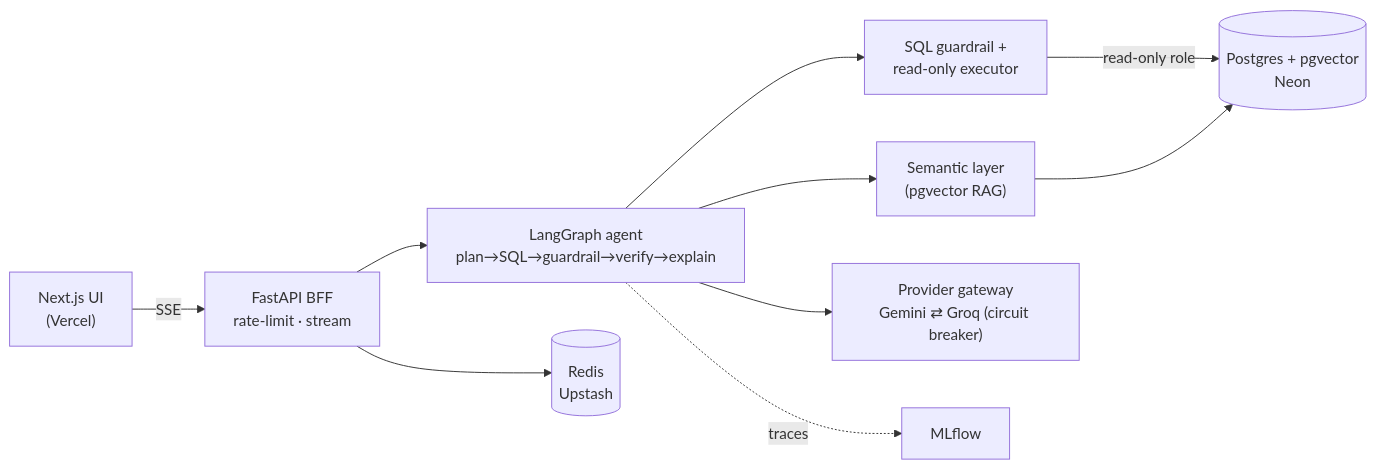
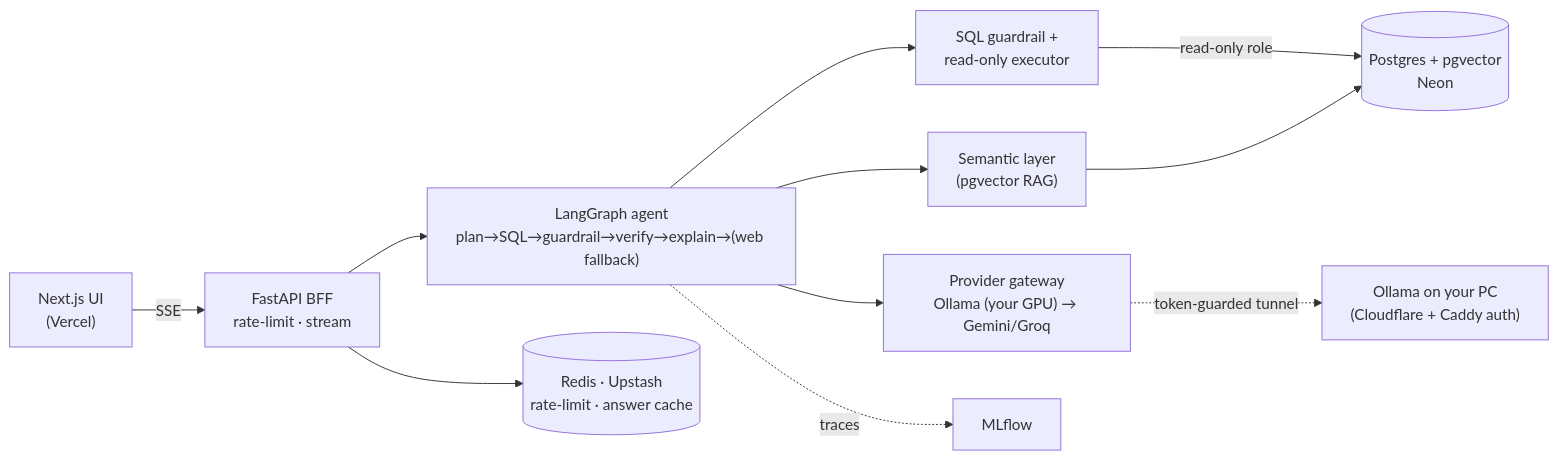
Before and after one commit to sahil7359/DataChat: the diagram in README.md, drawn with Mermaid. The commit also changed other lines of this file and 2 other files, not shown here.

````diff
--- a/README.md
+++ b/README.md
@@ -52,12 +55,13 @@
 ```mermaid
 flowchart LR
   UI["Next.js UI<br/>(Vercel)"] -->|SSE| BFF["FastAPI BFF<br/>rate-limit · stream"]
-  BFF --> AGENT["LangGraph agent<br/>plan→SQL→guardrail→verify→explain"]
+  BFF --> AGENT["LangGraph agent<br/>plan→SQL→guardrail→verify→explain→(web fallback)"]
   AGENT --> SEM["Semantic layer<br/>(pgvector RAG)"]
   AGENT --> GUARD["SQL guardrail +<br/>read-only executor"]
-  AGENT --> LLM["Provider gateway<br/>Gemini ⇄ Groq (circuit breaker)"]
+  AGENT --> LLM["Provider gateway<br/>Ollama (your GPU) → Gemini/Groq"]
+  LLM -.->|token-guarded tunnel| OLL["Ollama on your PC<br/>(Cloudflare + Caddy auth)"]
   GUARD -->|read-only role| PG[("Postgres + pgvector<br/>Neon")]
   SEM --> PG
-  BFF --> REDIS[("Redis<br/>Upstash")]
+  BFF --> REDIS[("Redis · Upstash<br/>rate-limit · answer cache")]
   AGENT -. traces .-> MLF["MLflow"]
 ```
````
